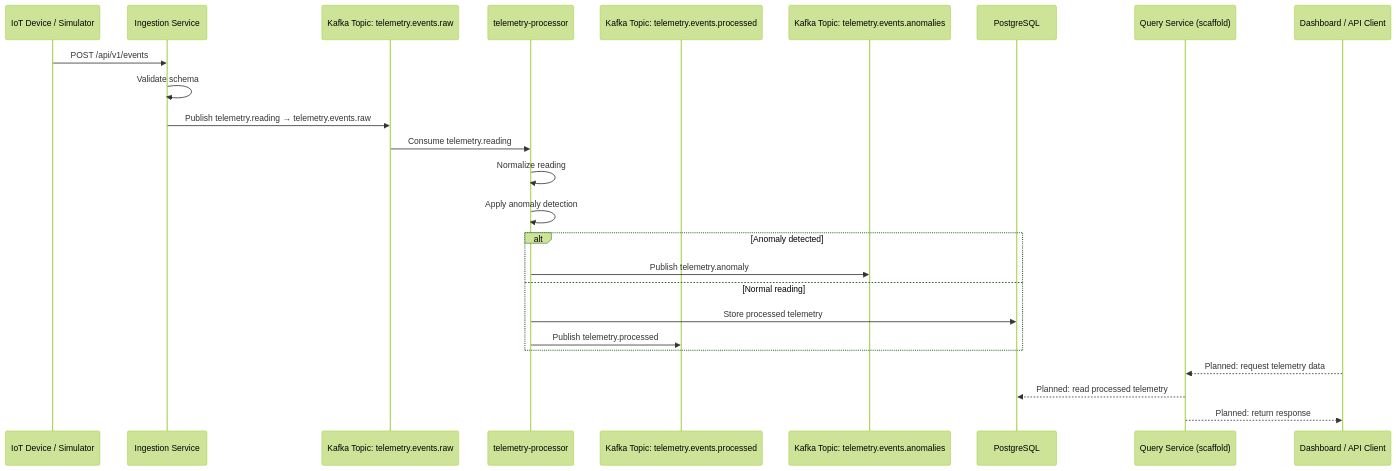
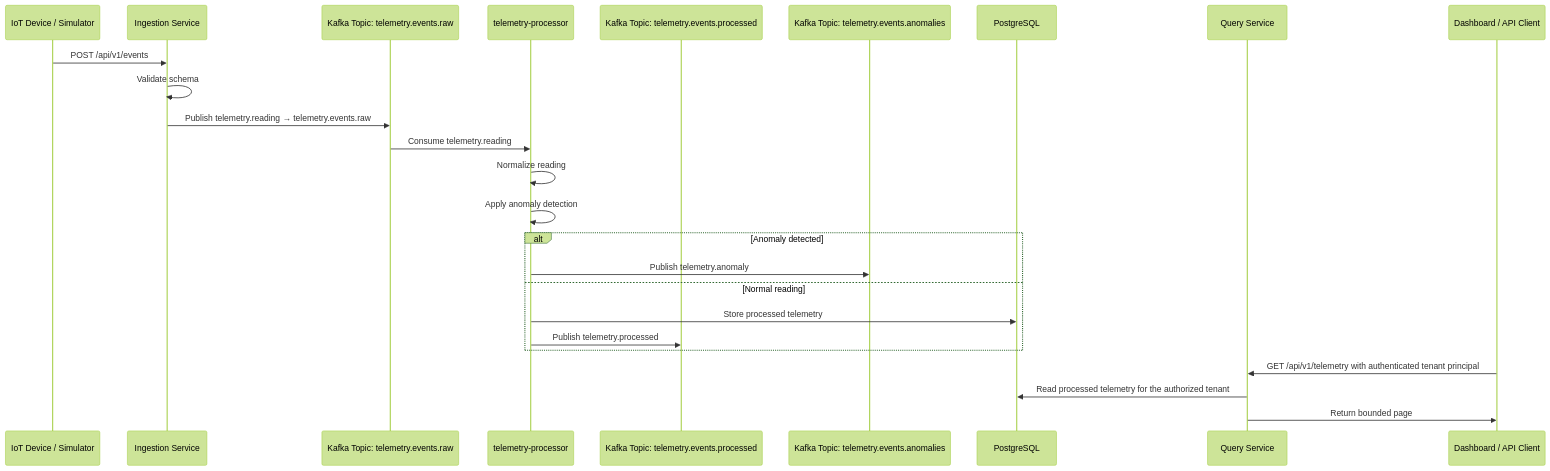
One commit to ME-Massine/pulsestream changed the diagram in docs/diagrams/event-flow.md. Above: the diagram before and after it, drawn with Mermaid (forest theme). The commit also changed other lines of this file and 43 other files, not shown here.

Commit message:
feat(query): implement tenant-scoped processed telemetry API (#356)

````diff
--- a/docs/diagrams/event-flow.md
+++ b/docs/diagrams/event-flow.md
@@ -5,28 +5,28 @@
 ```mermaid
 sequenceDiagram
     participant Device as IoT Device / Simulator
     participant Ingestion as Ingestion Service
     participant Kafka as Kafka Topic: telemetry.events.raw
     participant Processor as telemetry-processor
     participant Processed as Kafka Topic: telemetry.events.processed
     participant Anomalies as Kafka Topic: telemetry.events.anomalies
     participant DB as PostgreSQL
-    participant Query as Query Service (scaffold)
+    participant Query as Query Service
     participant Dashboard as Dashboard / API Client
 
     Device->>Ingestion: POST /api/v1/events
     Ingestion->>Ingestion: Validate schema
     Ingestion->>Kafka: Publish telemetry.reading → telemetry.events.raw
     Kafka->>Processor: Consume telemetry.reading
     Processor->>Processor: Normalize reading
     Processor->>Processor: Apply anomaly detection
     alt Anomaly detected
         Processor->>Anomalies: Publish telemetry.anomaly
     else Normal reading
         Processor->>DB: Store processed telemetry
         Processor->>Processed: Publish telemetry.processed
     end
-    Dashboard-->>Query: Planned: request telemetry data
-    Query-->>DB: Planned: read processed telemetry
-    Query-->>Dashboard: Planned: return response
+    Dashboard->>Query: GET /api/v1/telemetry with authenticated tenant principal
+    Query->>DB: Read processed telemetry for the authorized tenant
+    Query->>Dashboard: Return bounded page
 ```
````
